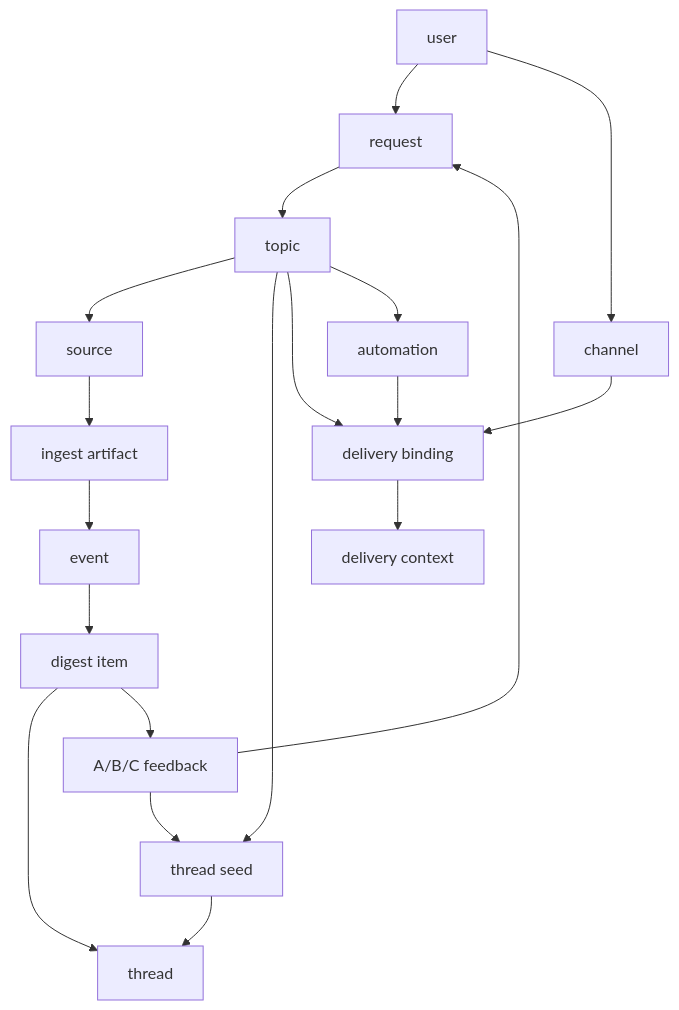
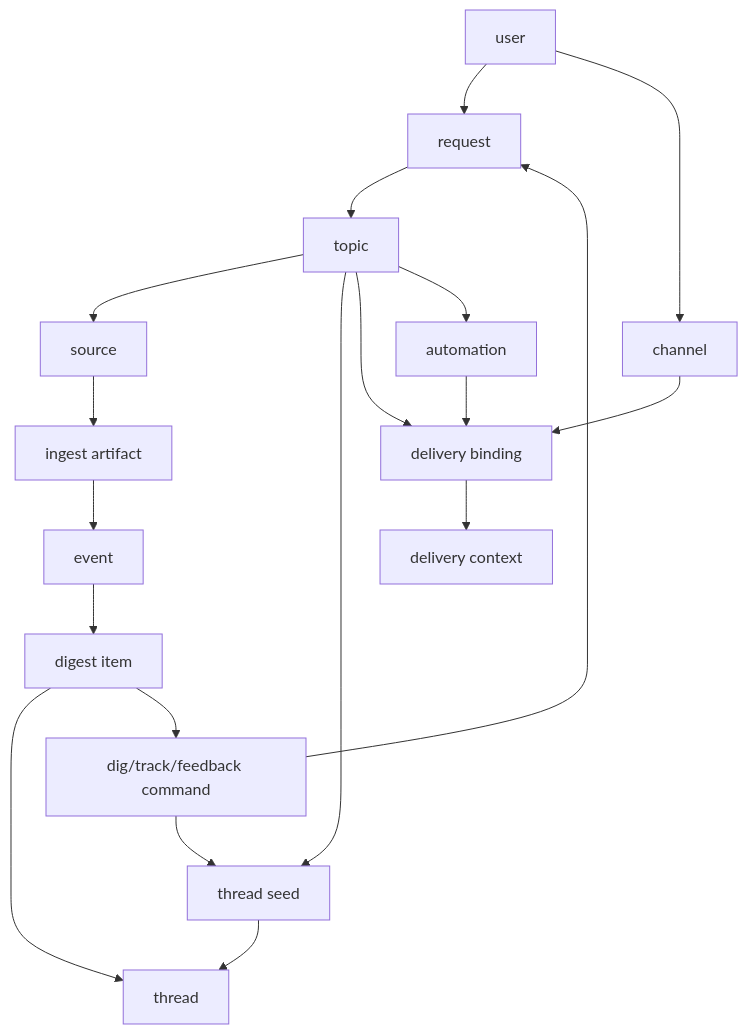
The diagram in docs/domain-model.md (Arcadia822/skrya), drawn with Mermaid before and after one commit. The commit also changed other lines of this file and 23 other files, not shown here.

````diff
--- a/docs/domain-model.md
+++ b/docs/domain-model.md
@@ -48,21 +48,21 @@
 ```mermaid
 flowchart TD
   User["user"] --> Request["request"]
   User --> Channel["channel"]
   Request --> Topic["topic"]
   Topic --> Source["source"]
   Topic --> ThreadSeed["thread seed"]
   Topic --> DeliveryBinding["delivery binding"]
   Source --> Ingest["ingest artifact"]
   Ingest --> Event["event"]
   Event --> DigestItem["digest item"]
   ThreadSeed --> Thread["thread"]
   DigestItem --> Thread
   Topic --> Automation["automation"]
   Channel --> DeliveryBinding
   Automation --> DeliveryBinding
   DeliveryBinding --> Delivery["delivery context"]
-  DigestItem --> Feedback["A/B/C feedback"]
+  DigestItem --> Feedback["dig/track/feedback command"]
   Feedback --> Request
   Feedback --> ThreadSeed
 ```
````
